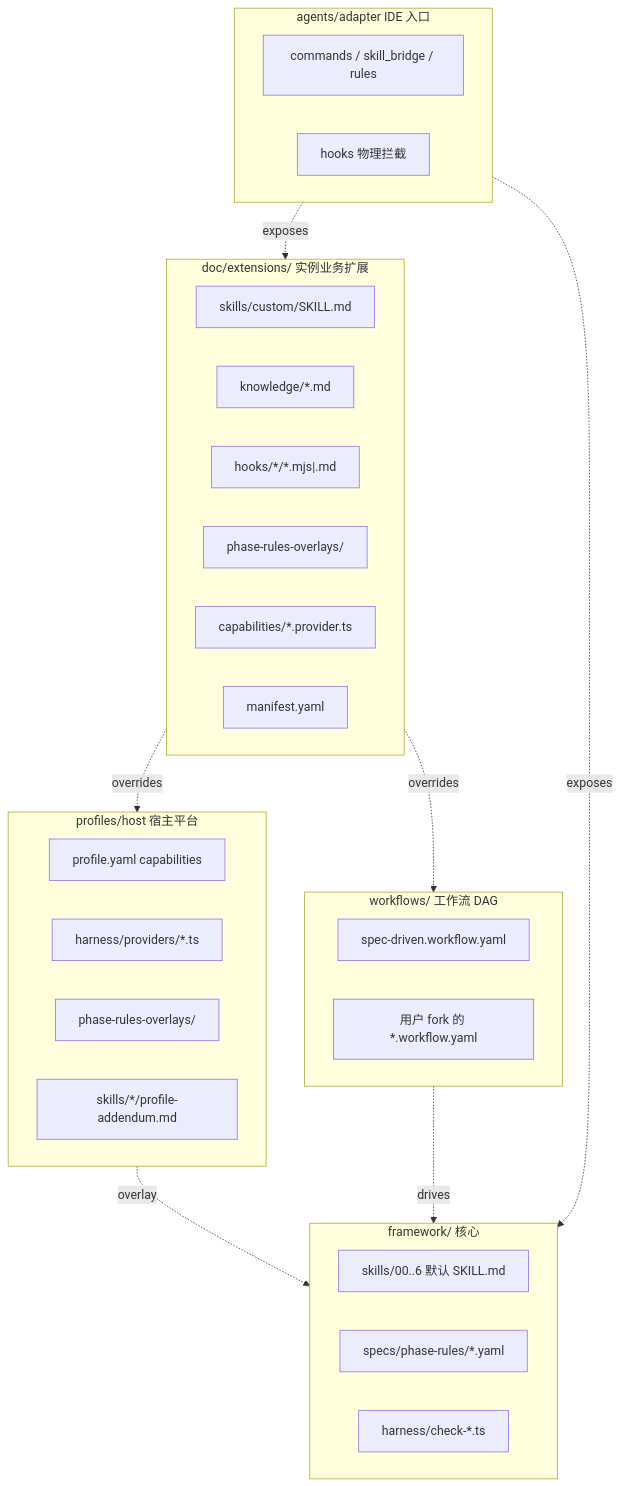
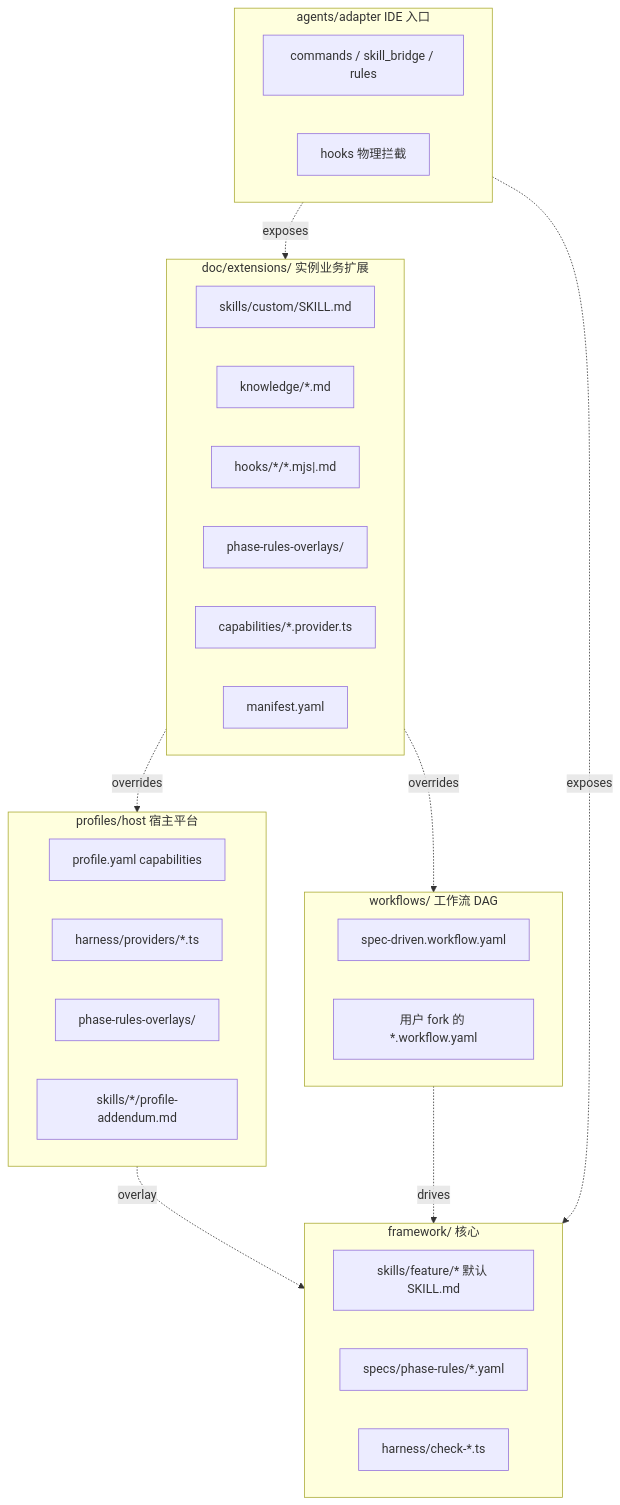
The diagram in docs/concepts/extensibility.md (sqsqsq/agent-maison), drawn with Mermaid before and after one commit. The commit also changed other lines of this file and 41 other files, not shown here.

````diff
--- a/docs/concepts/extensibility.md
+++ b/docs/concepts/extensibility.md
@@ -23,41 +23,41 @@
 ```mermaid
 flowchart TB
   subgraph FW[framework/ 核心]
-    coreSkills["skills/00..6 默认 SKILL.md"]
+    coreSkills["skills/feature/* 默认 SKILL.md"]
     coreRules["specs/phase-rules/*.yaml"]
     coreHarness["harness/check-*.ts"]
   end
 
   subgraph Profile["profiles/host 宿主平台"]
     profCaps["profile.yaml capabilities"]
     profProv["harness/providers/*.ts"]
     profOver["phase-rules-overlays/"]
     profAdd["skills/*/profile-addendum.md"]
   end
 
   subgraph Workflow["workflows/ 工作流 DAG"]
     wfDefault["spec-driven.workflow.yaml"]
     wfFork["用户 fork 的 *.workflow.yaml"]
   end
 
   subgraph Ext["doc/extensions/ 实例业务扩展"]
     extSkills["skills/custom/SKILL.md"]
     extKnow["knowledge/*.md"]
     extHooks["hooks/*/*.mjs|.md"]
     extOver["phase-rules-overlays/"]
     extCaps["capabilities/*.provider.ts"]
     extMani["manifest.yaml"]
   end
 
   subgraph Agent["agents/adapter IDE 入口"]
     agCmd["commands / skill_bridge / rules"]
     agHook["hooks 物理拦截"]
   end
 
   Profile -. overlay .-> FW
   Workflow -. drives .-> FW
   Ext -. overrides .-> Workflow
   Ext -. overrides .-> Profile
   Agent -. exposes .-> FW
   Agent -. exposes .-> Ext
 ```
````
